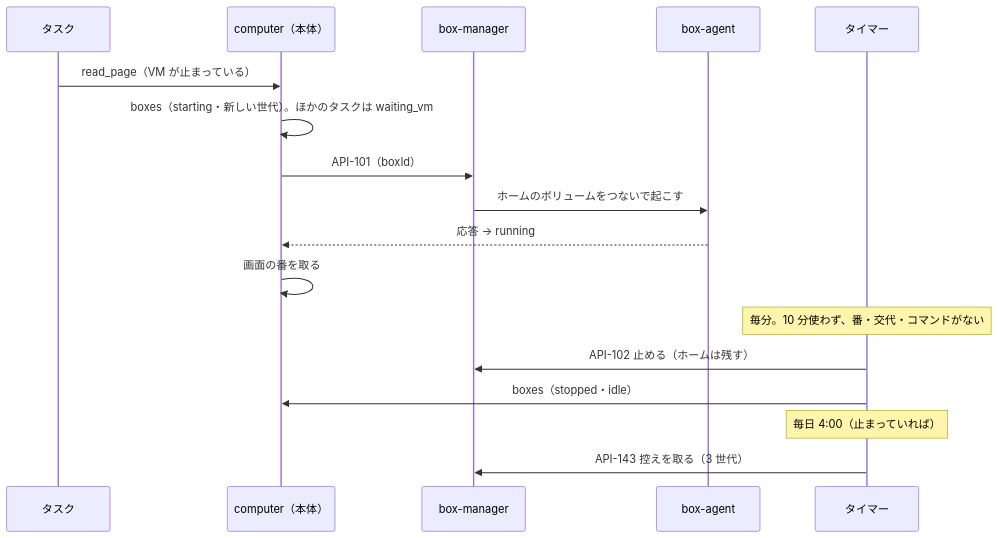
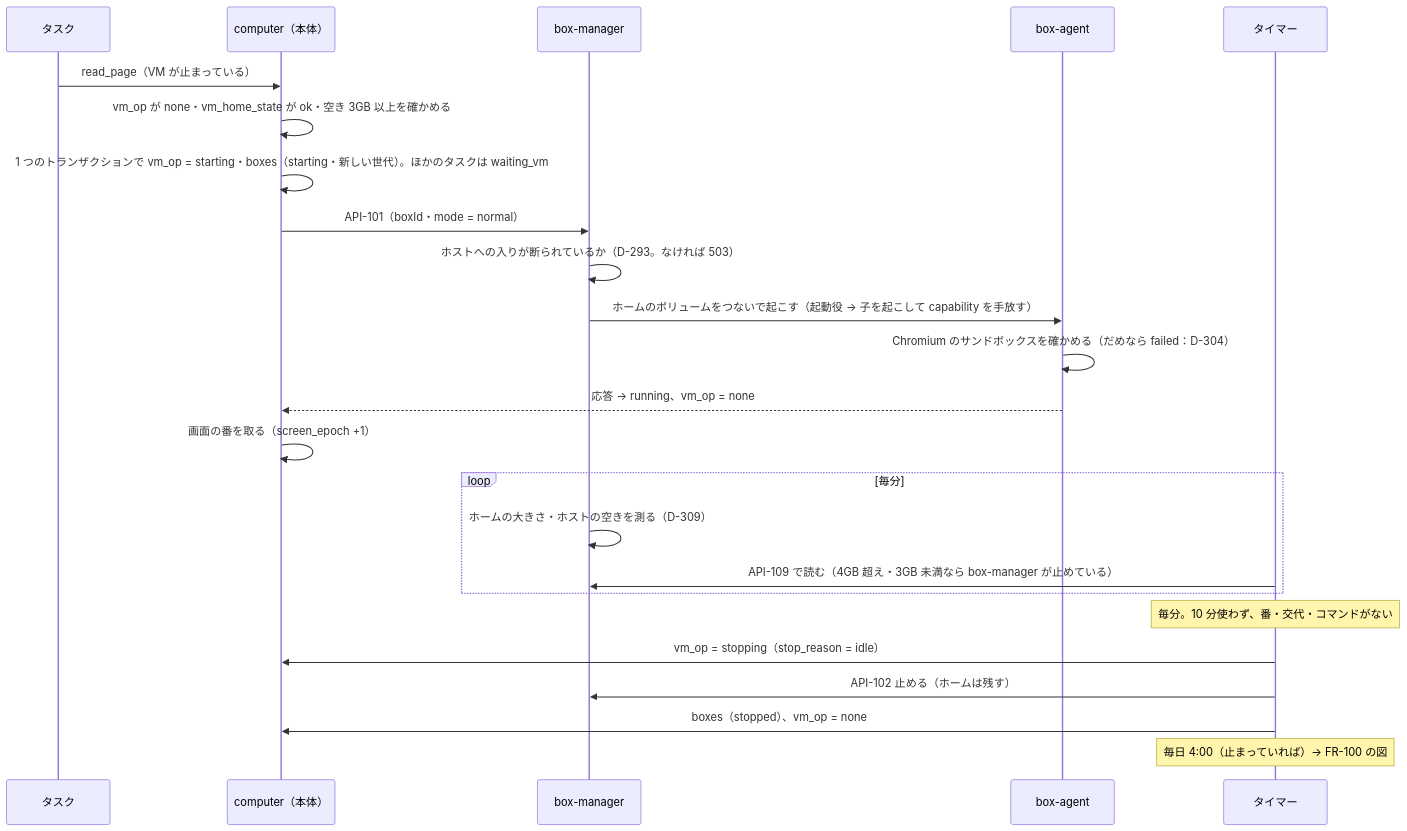
Before and after one commit to itiwoja/agent-team: the seventh of 13 diagrams in docs/design/10_diagrams/sequences.md, drawn with Mermaid. The commit also changed other lines of this file and 32 other files, not shown here.

````diff
--- a/docs/design/10_diagrams/sequences.md
+++ b/docs/design/10_diagrams/sequences.md
@@ -133,19 +139,26 @@
 ```mermaid
 sequenceDiagram
  participant TK as タスク
  participant CU as computer（本体）
  participant BM as box-manager
  participant B as box-agent
  participant TM as タイマー
  TK->>CU: read_page（VM が止まっている）
- CU->>CU: boxes（starting・新しい世代）。ほかのタスクは waiting_vm
- CU->>BM: API-101（boxId）
- BM->>B: ホームのボリュームをつないで起こす
- B-->>CU: 応答 → running
- CU->>CU: 画面の番を取る
+ CU->>CU: vm_op が none・vm_home_state が ok・空き 3GB 以上を確かめる
+ CU->>CU: 1 つのトランザクションで vm_op = starting・boxes（starting・新しい世代）。ほかのタスクは waiting_vm
+ CU->>BM: API-101（boxId・mode = normal）
+ BM->>BM: ホストへの入りが断られているか（D-293。なければ 503）
+ BM->>B: ホームのボリュームをつないで起こす（起動役 → 子を起こして capability を手放す）
+ B->>B: Chromium のサンドボックスを確かめる（だめなら failed：D-304）
+ B-->>CU: 応答 → running、vm_op = none
+ CU->>CU: 画面の番を取る（screen_epoch +1）
+ loop 毎分
+  BM->>BM: ホームの大きさ・ホストの空きを測る（D-309）
+  TM->>BM: API-109 で読む（4GB 超え・3GB 未満なら box-manager が止めている）
+ end
  Note over TM: 毎分。10 分使わず、番・交代・コマンドがない
+ TM->>CU: vm_op = stopping（stop_reason = idle）
  TM->>BM: API-102 止める（ホームは残す）
- TM->>CU: boxes（stopped・idle）
- Note over TM: 毎日 4:00（止まっていれば）
- TM->>BM: API-143 控えを取る（3 世代）
+ TM->>CU: boxes（stopped）、vm_op = none
+ Note over TM: 毎日 4:00（止まっていれば）→ FR-100 の図
 ```
````
